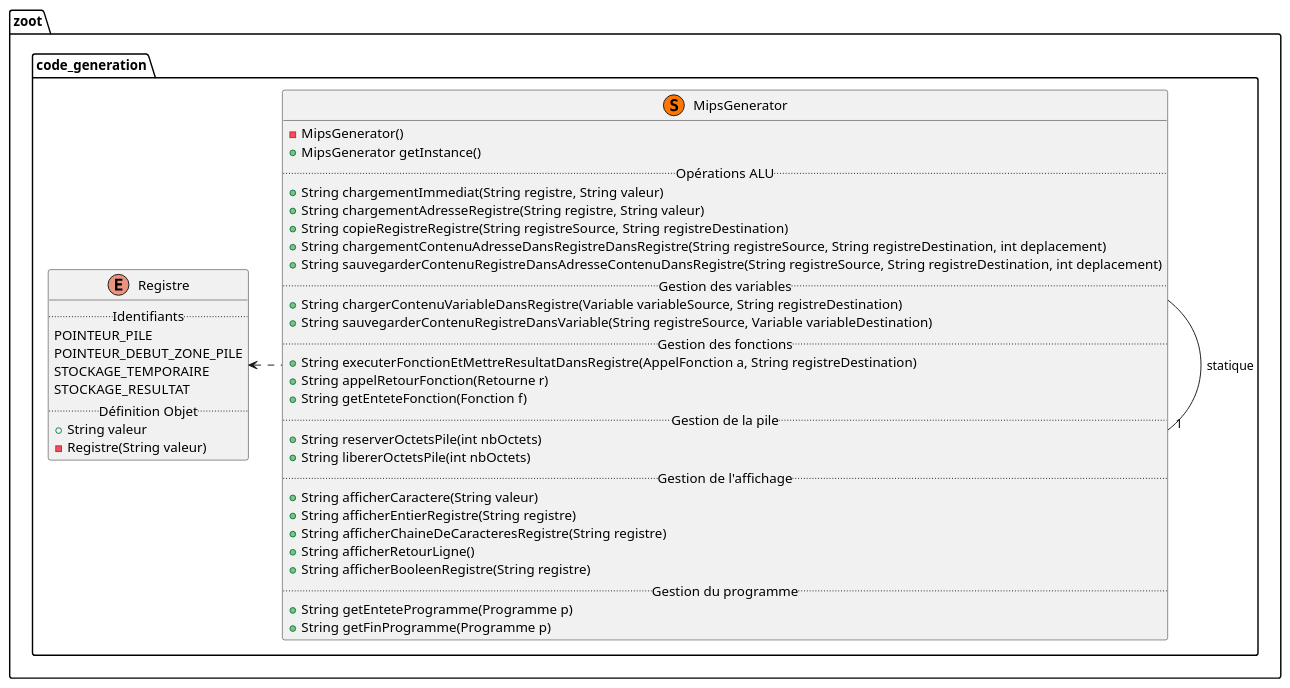
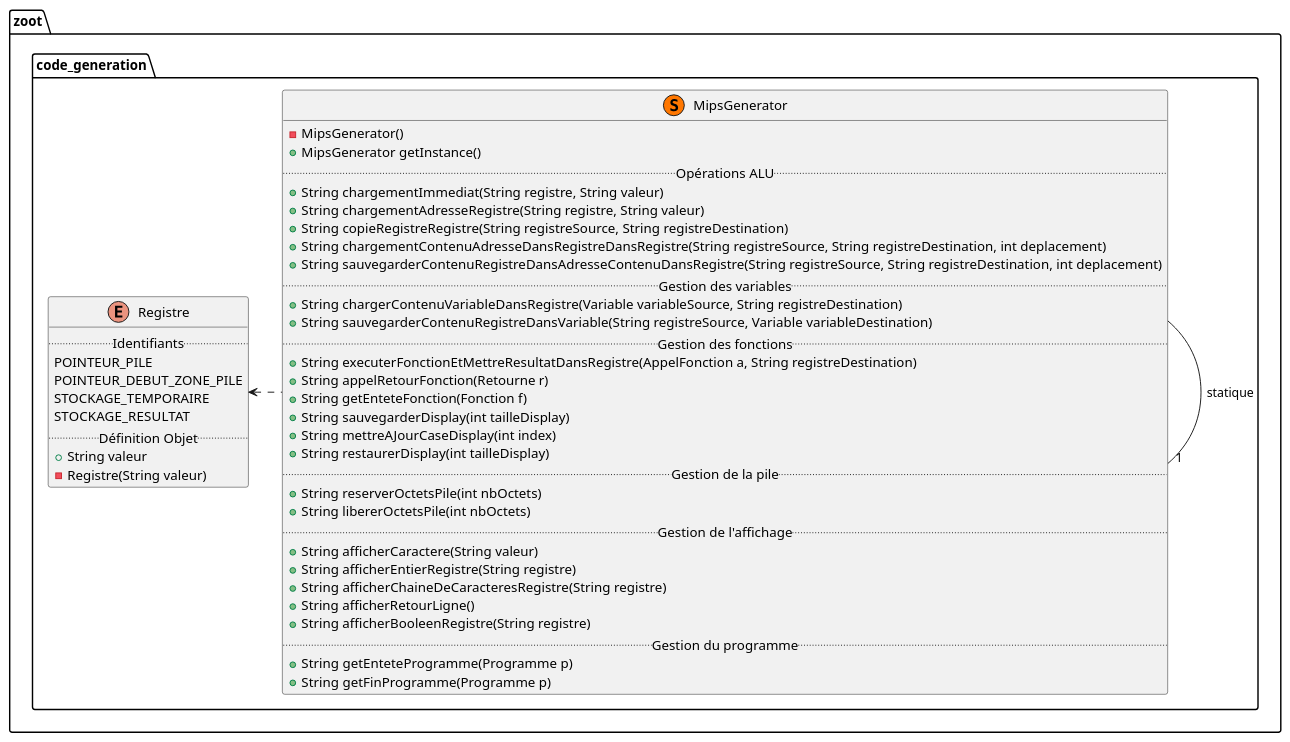
Before and after one commit to lmtb06/zoot: the diagram in diagrammes/classe/code_generation.puml, drawn with PlantUML. The commit also changed 1 other file, not shown here.

Commit message:
Mise à jour du diagramme de classes
# Détails :
 - Les Retournes ont un nouveau champ qui vont leur permettre de liberer les variables locales de la fonction (avec le setter et le getter)
 - Ajout de nouvelles fonctions utilitaires dans MipsGenerator.

```diff
--- a/diagrammes/classe/code_generation.puml
+++ b/diagrammes/classe/code_generation.puml
@@ -1,52 +1,55 @@
 @startuml "Package code_generation"
 
 namespace zoot.code_generation {
     ' Includes
     ' Classes
     enum Registre{
         .. Identifiants ..
         POINTEUR_PILE
         POINTEUR_DEBUT_ZONE_PILE
         STOCKAGE_TEMPORAIRE
         STOCKAGE_RESULTAT
         .. Définition Objet ..
         + String valeur
         - Registre(String valeur)
     }
 
     class MipsGenerator << (S,#FF7700) >> {
         - MipsGenerator()
         + MipsGenerator getInstance()
         .. Opérations ALU ..
         + String chargementImmediat(String registre, String valeur)
         + String chargementAdresseRegistre(String registre, String valeur)
         + String copieRegistreRegistre(String registreSource, String registreDestination)
         + String chargementContenuAdresseDansRegistreDansRegistre(String registreSource, String registreDestination, int deplacement)
         + String sauvegarderContenuRegistreDansAdresseContenuDansRegistre(String registreSource, String registreDestination, int deplacement)
         .. Gestion des variables ..
         + String chargerContenuVariableDansRegistre(Variable variableSource, String registreDestination)
         + String sauvegarderContenuRegistreDansVariable(String registreSource, Variable variableDestination)
         .. Gestion des fonctions ..
         + String executerFonctionEtMettreResultatDansRegistre(AppelFonction a, String registreDestination)
         + String appelRetourFonction(Retourne r)
         + String getEnteteFonction(Fonction f)
+        + String sauvegarderDisplay(int tailleDisplay)
+        + String mettreAJourCaseDisplay(int index)
+        + String restaurerDisplay(int tailleDisplay)
         .. Gestion de la pile ..
         + String reserverOctetsPile(int nbOctets)
         + String libererOctetsPile(int nbOctets)
         .. Gestion de l'affichage ..
         + String afficherCaractere(String valeur)
         + String afficherEntierRegistre(String registre)
         + String afficherChaineDeCaracteresRegistre(String registre)
         + String afficherRetourLigne()
         + String afficherBooleenRegistre(String registre)
         .. Gestion du programme ..
         + String getEnteteProgramme(Programme p)
         + String getFinProgramme(Programme p)
     }
 
     ' Relations entre les classes
     MipsGenerator -right-"1" MipsGenerator : statique
     MipsGenerator .left.> Registre
 
 }
 @enduml
```
